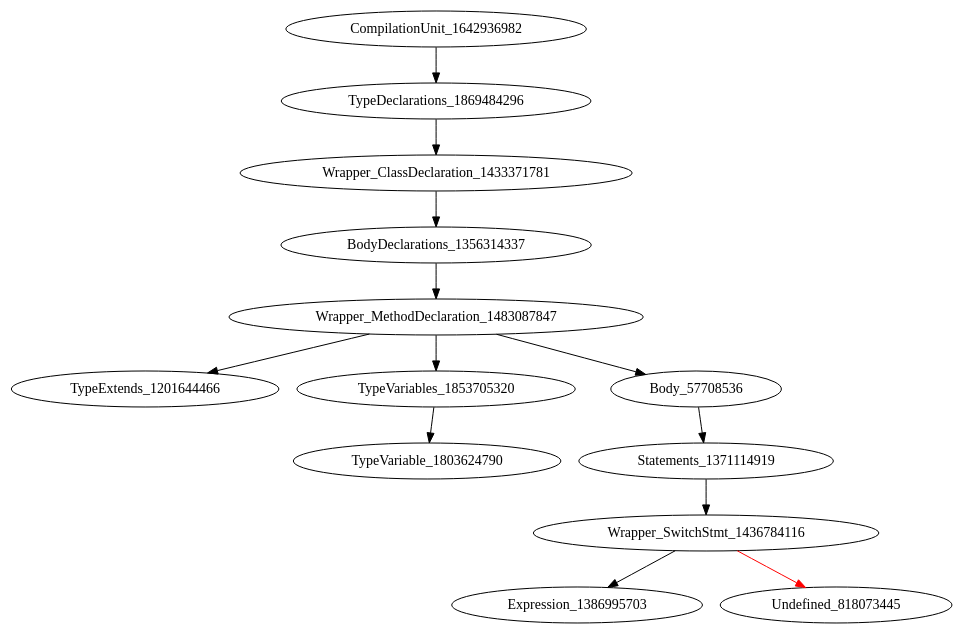
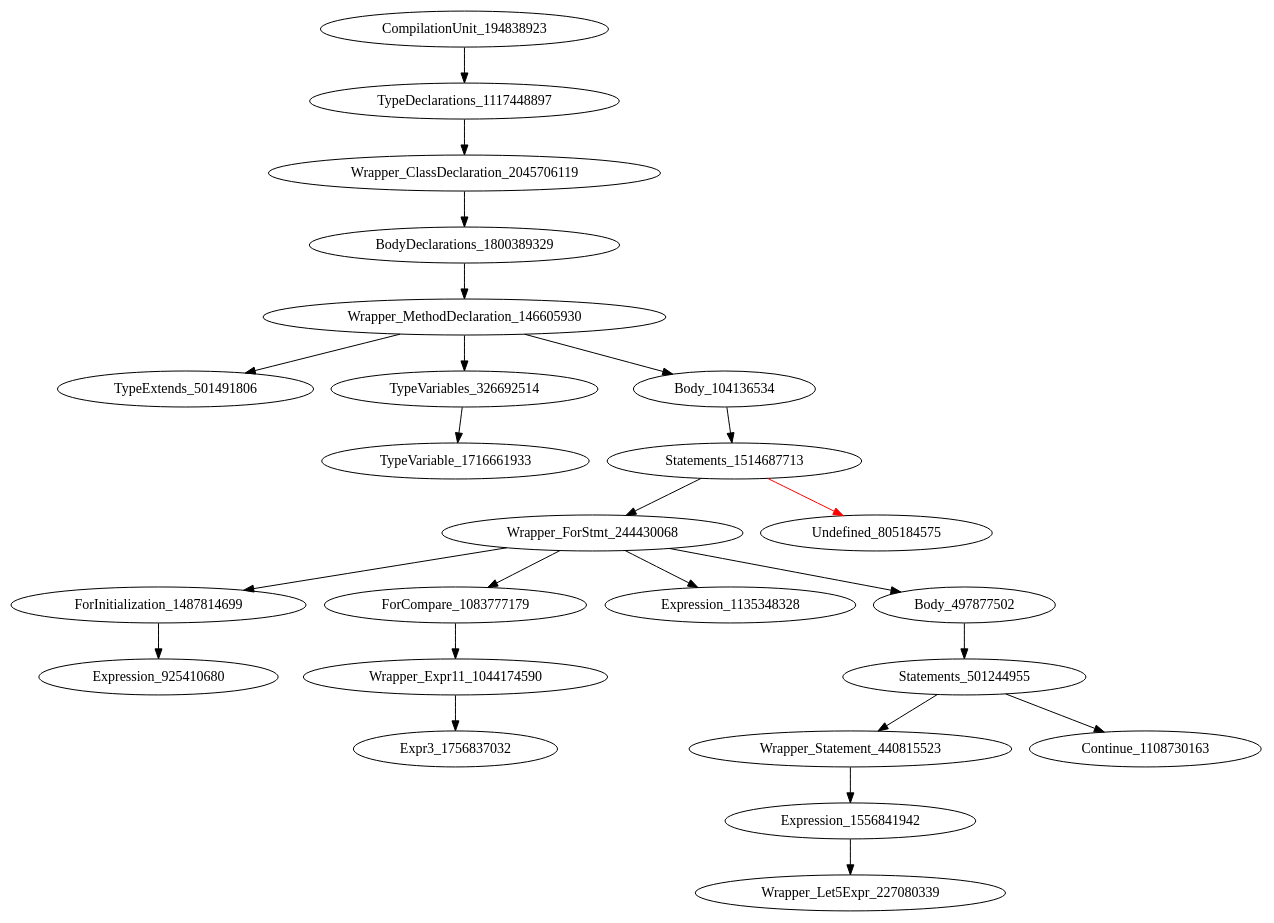
The diagram in holeAST.dot (icse2023material/VoiceJava), drawn with Graphviz before and after one commit. The commit also changed 7 other files, not shown here.

```diff
--- a/holeAST.dot
+++ b/holeAST.dot
@@ -1,14 +1,25 @@
 digraph {
-CompilationUnit_1642936982 -> TypeDeclarations_1869484296
-TypeDeclarations_1869484296 -> Wrapper_ClassDeclaration_1433371781
-Wrapper_ClassDeclaration_1433371781 -> BodyDeclarations_1356314337
-BodyDeclarations_1356314337 -> Wrapper_MethodDeclaration_1483087847
-Wrapper_MethodDeclaration_1483087847 -> TypeExtends_1201644466
-Wrapper_MethodDeclaration_1483087847 -> TypeVariables_1853705320
-Wrapper_MethodDeclaration_1483087847 -> Body_57708536
-TypeVariables_1853705320 -> TypeVariable_1803624790
-Body_57708536 -> Statements_1371114919
-Statements_1371114919 -> Wrapper_SwitchStmt_1436784116
-Wrapper_SwitchStmt_1436784116 -> Expression_1386995703
-Wrapper_SwitchStmt_1436784116 -> Undefined_818073445 [color = red] 
+CompilationUnit_194838923 -> TypeDeclarations_1117448897
+TypeDeclarations_1117448897 -> Wrapper_ClassDeclaration_2045706119
+Wrapper_ClassDeclaration_2045706119 -> BodyDeclarations_1800389329
+BodyDeclarations_1800389329 -> Wrapper_MethodDeclaration_146605930
+Wrapper_MethodDeclaration_146605930 -> TypeExtends_501491806
+Wrapper_MethodDeclaration_146605930 -> TypeVariables_326692514
+Wrapper_MethodDeclaration_146605930 -> Body_104136534
+TypeVariables_326692514 -> TypeVariable_1716661933
+Body_104136534 -> Statements_1514687713
+Statements_1514687713 -> Wrapper_ForStmt_244430068
+Statements_1514687713 -> Undefined_805184575 [color = red] 
+Wrapper_ForStmt_244430068 -> ForInitialization_1487814699
+Wrapper_ForStmt_244430068 -> ForCompare_1083777179
+Wrapper_ForStmt_244430068 -> Expression_1135348328
+Wrapper_ForStmt_244430068 -> Body_497877502
+ForInitialization_1487814699 -> Expression_925410680
+ForCompare_1083777179 -> Wrapper_Expr11_1044174590
+Body_497877502 -> Statements_501244955
+Wrapper_Expr11_1044174590 -> Expr3_1756837032
+Statements_501244955 -> Wrapper_Statement_440815523
+Statements_501244955 -> Continue_1108730163
+Wrapper_Statement_440815523 -> Expression_1556841942
+Expression_1556841942 -> Wrapper_Let5Expr_227080339
 }
```
